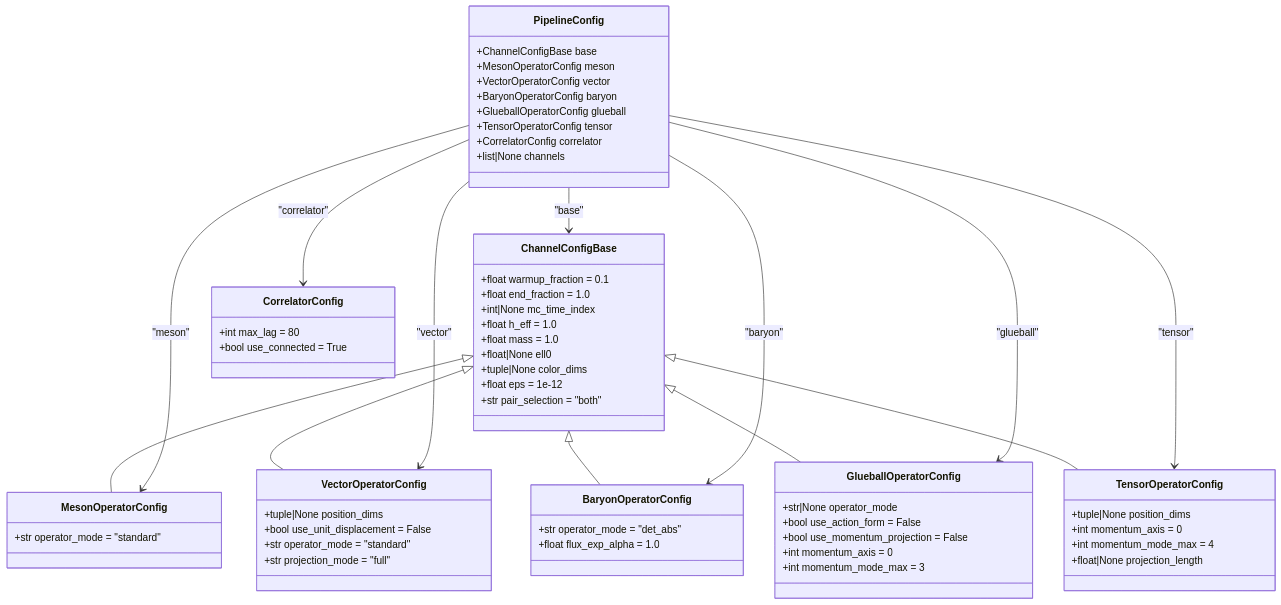
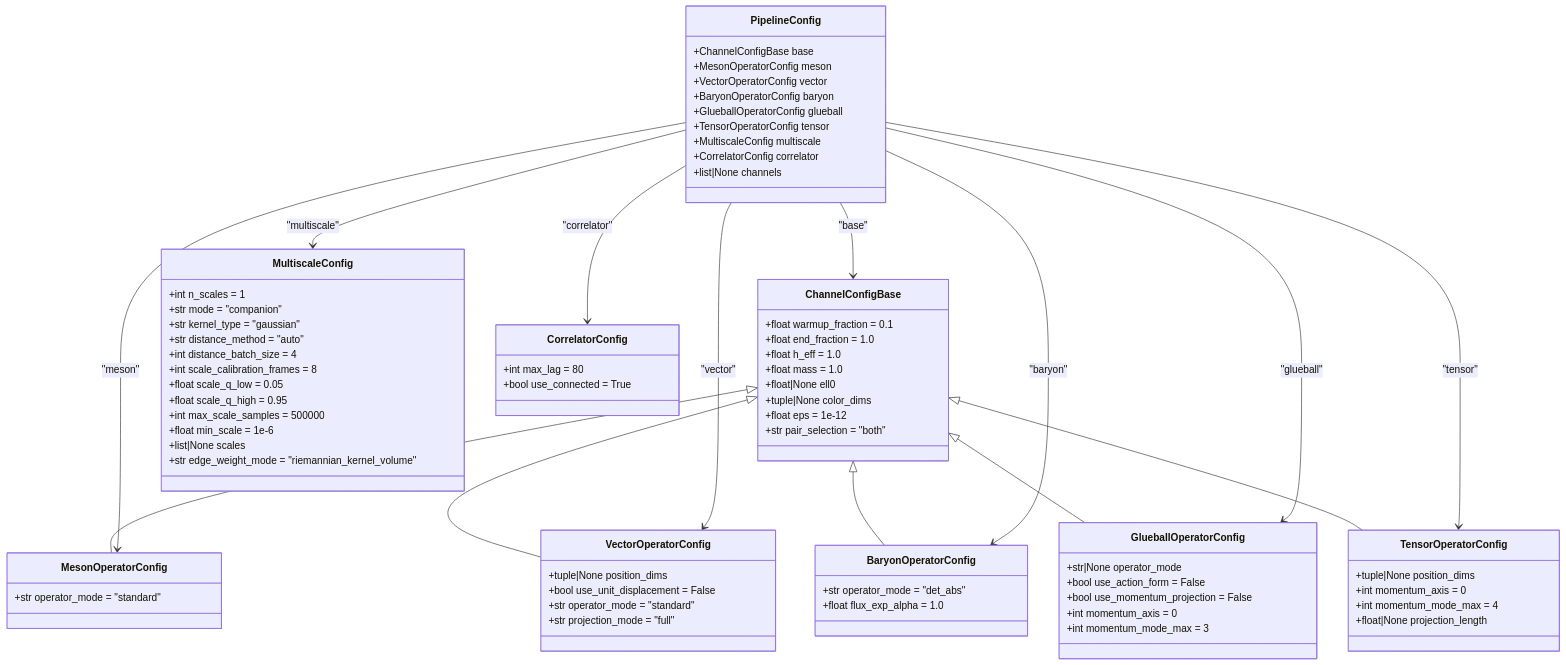
One commit to FragileTech/fragile changed the fourth of 9 diagrams in src/fragile/physics/operators/ARCHITECTURE.md. Above: the diagram before and after it, drawn with Mermaid. The commit also changed other lines of this file and 60 other files, not shown here.

````diff
--- a/src/fragile/physics/operators/ARCHITECTURE.md
+++ b/src/fragile/physics/operators/ARCHITECTURE.md
@@ -112,66 +153,81 @@
 ```mermaid
 classDiagram
     class ChannelConfigBase {
         +float warmup_fraction = 0.1
         +float end_fraction = 1.0
-        +int|None mc_time_index
         +float h_eff = 1.0
         +float mass = 1.0
         +float|None ell0
         +tuple|None color_dims
         +float eps = 1e-12
         +str pair_selection = "both"
     }
     class MesonOperatorConfig {
         +str operator_mode = "standard"
     }
     class VectorOperatorConfig {
         +tuple|None position_dims
         +bool use_unit_displacement = False
         +str operator_mode = "standard"
         +str projection_mode = "full"
     }
     class BaryonOperatorConfig {
         +str operator_mode = "det_abs"
         +float flux_exp_alpha = 1.0
     }
     class GlueballOperatorConfig {
         +str|None operator_mode
         +bool use_action_form = False
         +bool use_momentum_projection = False
         +int momentum_axis = 0
         +int momentum_mode_max = 3
     }
     class TensorOperatorConfig {
         +tuple|None position_dims
         +int momentum_axis = 0
         +int momentum_mode_max = 4
         +float|None projection_length
     }
+    class MultiscaleConfig {
+        +int n_scales = 1
+        +str mode = "companion"
+        +str kernel_type = "gaussian"
+        +str distance_method = "auto"
+        +int distance_batch_size = 4
+        +int scale_calibration_frames = 8
+        +float scale_q_low = 0.05
+        +float scale_q_high = 0.95
+        +int max_scale_samples = 500000
+        +float min_scale = 1e-6
+        +list|None scales
+        +str edge_weight_mode = "riemannian_kernel_volume"
+    }
     class CorrelatorConfig {
         +int max_lag = 80
         +bool use_connected = True
     }
     class PipelineConfig {
         +ChannelConfigBase base
         +MesonOperatorConfig meson
         +VectorOperatorConfig vector
         +BaryonOperatorConfig baryon
         +GlueballOperatorConfig glueball
         +TensorOperatorConfig tensor
+        +MultiscaleConfig multiscale
         +CorrelatorConfig correlator
         +list|None channels
     }
     ChannelConfigBase <|-- MesonOperatorConfig
     ChannelConfigBase <|-- VectorOperatorConfig
     ChannelConfigBase <|-- BaryonOperatorConfig
     ChannelConfigBase <|-- GlueballOperatorConfig
     ChannelConfigBase <|-- TensorOperatorConfig
     PipelineConfig --> ChannelConfigBase : "base"
     PipelineConfig --> MesonOperatorConfig : "meson"
     PipelineConfig --> VectorOperatorConfig : "vector"
     PipelineConfig --> BaryonOperatorConfig : "baryon"
     PipelineConfig --> GlueballOperatorConfig : "glueball"
     PipelineConfig --> TensorOperatorConfig : "tensor"
+    PipelineConfig --> MultiscaleConfig : "multiscale"
     PipelineConfig --> CorrelatorConfig : "correlator"
 ```
````
